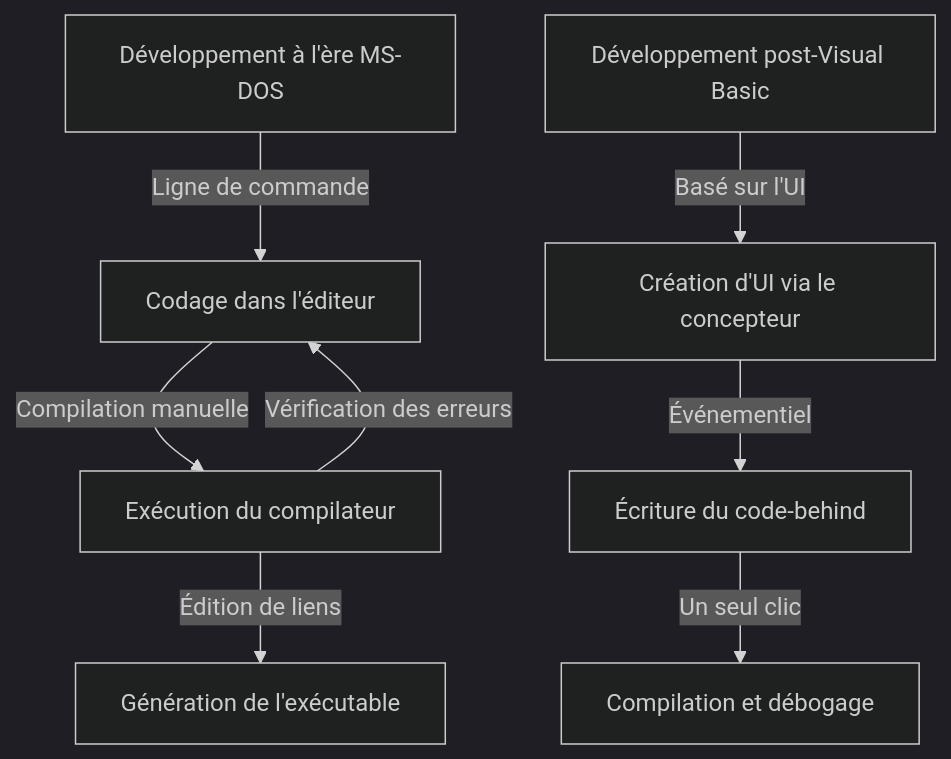
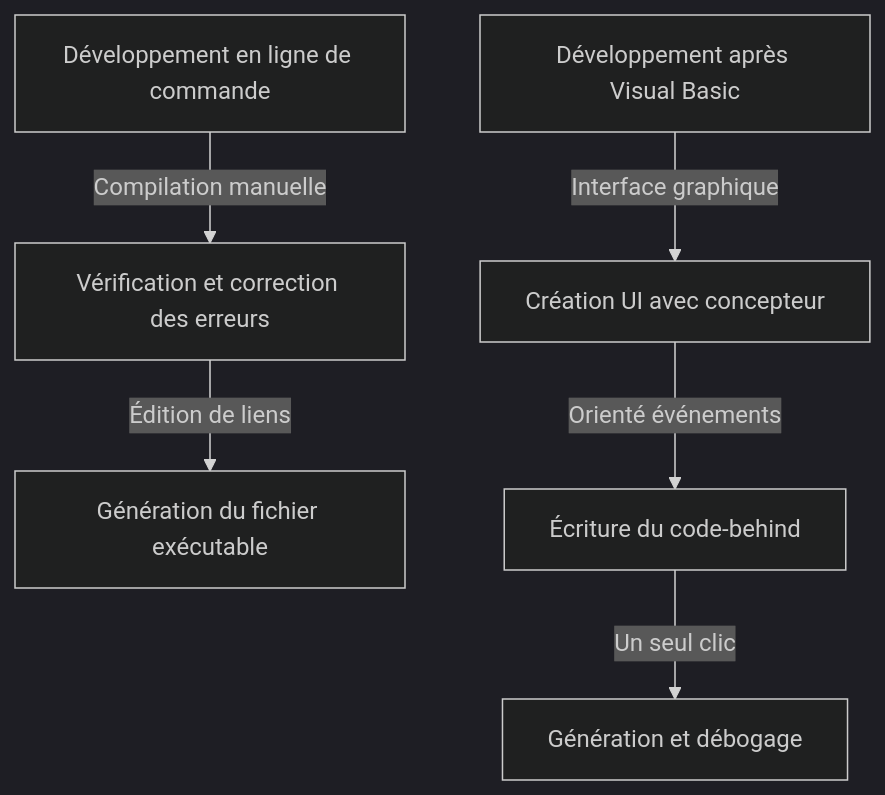
One commit to kenjinote/blog changed the first of 2 diagrams in content/post/history-of-visual-studio/index.fr.md. Above: the diagram before and after it, drawn with Mermaid (dark theme). The commit also changed other lines of this file and 129 other files, not shown here.

````diff
--- a/content/post/history-of-visual-studio/index.fr.md
+++ b/content/post/history-of-visual-studio/index.fr.md
@@ -32,11 +29,9 @@
 ```mermaid
 graph TD
-    A["Développement à l'ère MS-DOS"] -- "Ligne de commande" --> B["Codage dans l'éditeur"]
-    B -- "Compilation manuelle" --> C["Exécution du compilateur"]
-    C -- "Vérification des erreurs" --> B
-    C -- "Édition de liens" --> D["Génération de l'exécutable"]
+    A["Développement en ligne de commande"] -- "Compilation manuelle" --> B["Vérification et correction des erreurs"]
+    B -- "Édition de liens" --> C["Génération du fichier exécutable"]
     
-    E["Développement post-Visual Basic"] -- "Basé sur l'UI" --> F["Création d'UI via le concepteur"]
-    F -- "Événementiel" --> G["Écriture du code-behind"]
-    G -- "Un seul clic" --> H["Compilation et débogage"]
+    D["Développement après Visual Basic"] -- "Interface graphique" --> E["Création UI avec concepteur"]
+    E -- "Orienté événements" --> F["Écriture du code-behind"]
+    F -- "Un seul clic" --> G["Génération et débogage"]
 ```
````
